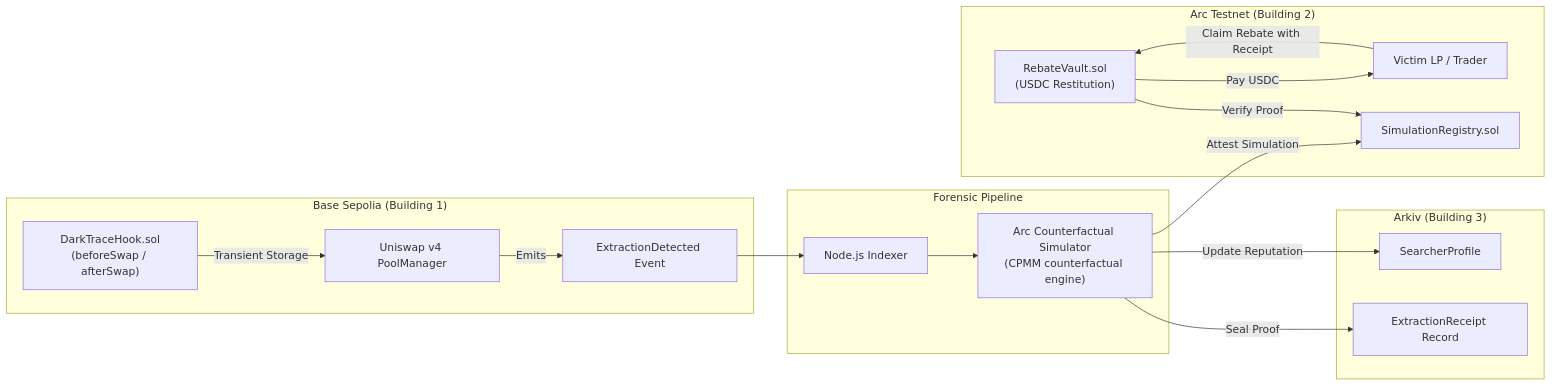
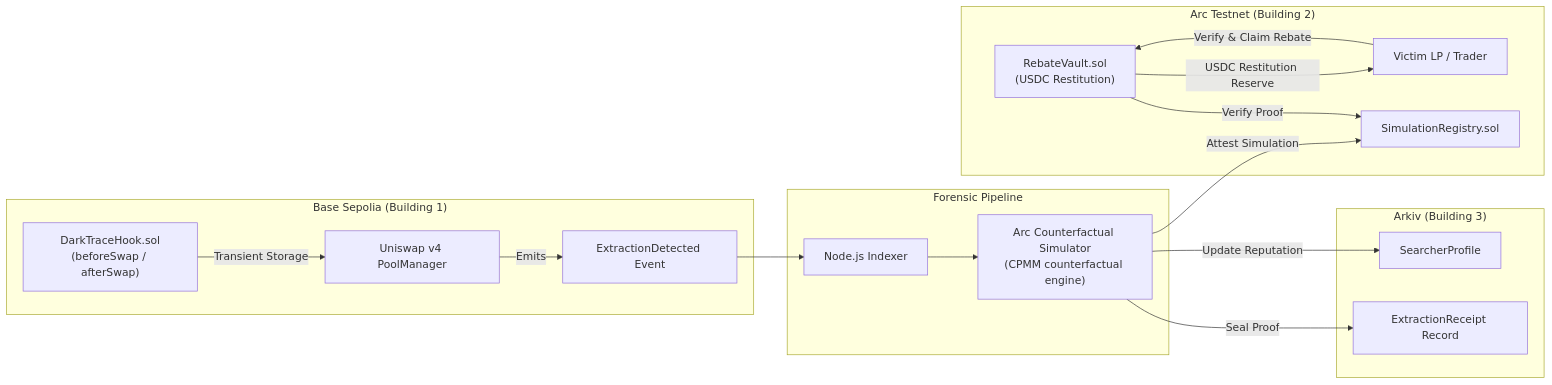
One commit to abishekss2007/darktrace changed the diagram in README.md. Above: the diagram before and after it, drawn with Mermaid. The commit also changed other lines of this file and 1 other file, not shown here.

````diff
--- a/README.md
+++ b/README.md
@@ -13,34 +13,34 @@
 ```mermaid
 flowchart LR
     subgraph BaseSepolia["Base Sepolia (Building 1)"]
         Hook["DarkTraceHook.sol\n(beforeSwap / afterSwap)"]
         Pool["Uniswap v4 PoolManager"]
         Event["ExtractionDetected Event"]
         Hook -->|Transient Storage| Pool
         Pool -->|Emits| Event
     end
 
     subgraph OffChain["Forensic Pipeline"]
         Indexer["Node.js Indexer"]
         Sim["Arc Counterfactual Simulator\n(CPMM counterfactual engine)"]
         Event --> Indexer
         Indexer --> Sim
     end
 
     subgraph ArkivLedger["Arkiv (Building 3)"]
         Receipt["ExtractionReceipt Record"]
         Profile["SearcherProfile"]
         Sim -->|Seal Proof| Receipt
         Sim -->|Update Reputation| Profile
     end
 
     subgraph ArcChain["Arc Testnet (Building 2)"]
         Registry["SimulationRegistry.sol"]
         Vault["RebateVault.sol\n(USDC Restitution)"]
         LP["Victim LP / Trader"]
         Sim -->|Attest Simulation| Registry
-        LP -->|Claim Rebate with Receipt| Vault
+        LP -->|Verify & Claim Rebate| Vault
         Vault -->|Verify Proof| Registry
-        Vault -->|Pay USDC| LP
+        Vault -->|USDC Restitution Reserve| LP
     end
 ```
````
